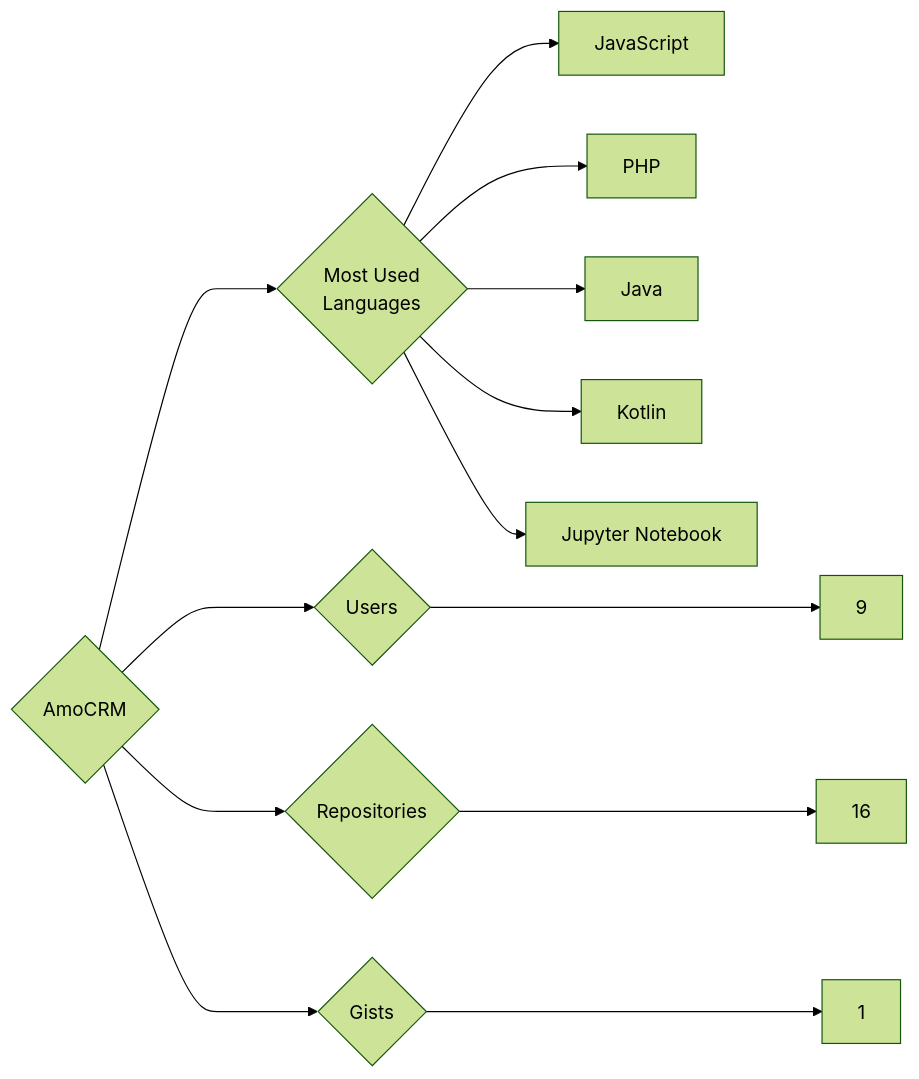
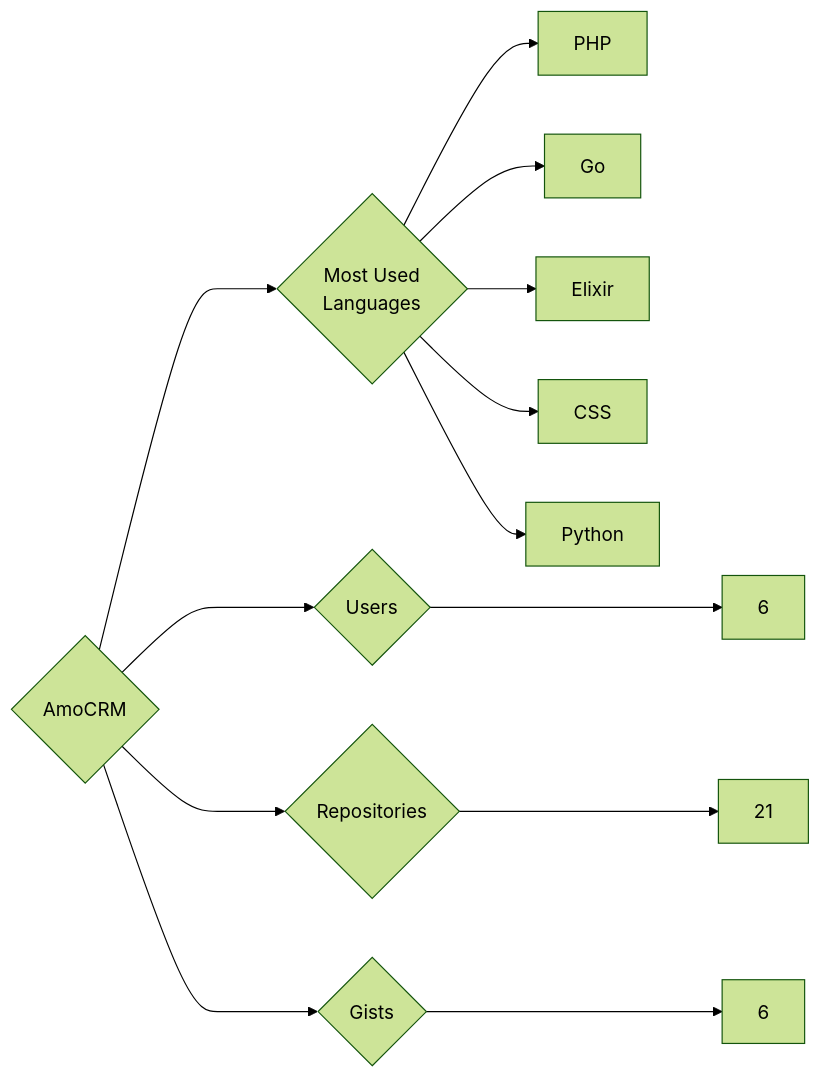
The diagram in targets/AmoCRM/README.md (trickest/insiders), drawn with Mermaid (forest theme) before and after one commit. The commit also changed 1036 other files, not shown here.

````diff
--- a/targets/AmoCRM/README.md
+++ b/targets/AmoCRM/README.md
@@ -3,13 +3,13 @@
 ```mermaid
 graph LR
 COMPANY_NAME{AmoCRM}
-COMPANY_NAME ---> U{Users} ---> UN[9]
-COMPANY_NAME ---> R{Repositories} ---> RN[16]
-COMPANY_NAME ---> G{Gists} ---> GN[1]
+COMPANY_NAME ---> U{Users} ---> UN[6]
+COMPANY_NAME ---> R{Repositories} ---> RN[21]
+COMPANY_NAME ---> G{Gists} ---> GN[6]
 COMPANY_NAME ---> ML{Most Used<br>Languages}
-ML --> JavaScript[JavaScript]
 ML --> PHP[PHP]
-ML --> Java[Java]
-ML --> Kotlin[Kotlin]
-ML --> Jupyter_Notebook[Jupyter Notebook]
+ML --> Go[Go]
+ML --> Elixir[Elixir]
+ML --> CSS[CSS]
+ML --> Python[Python]
 ```
````
